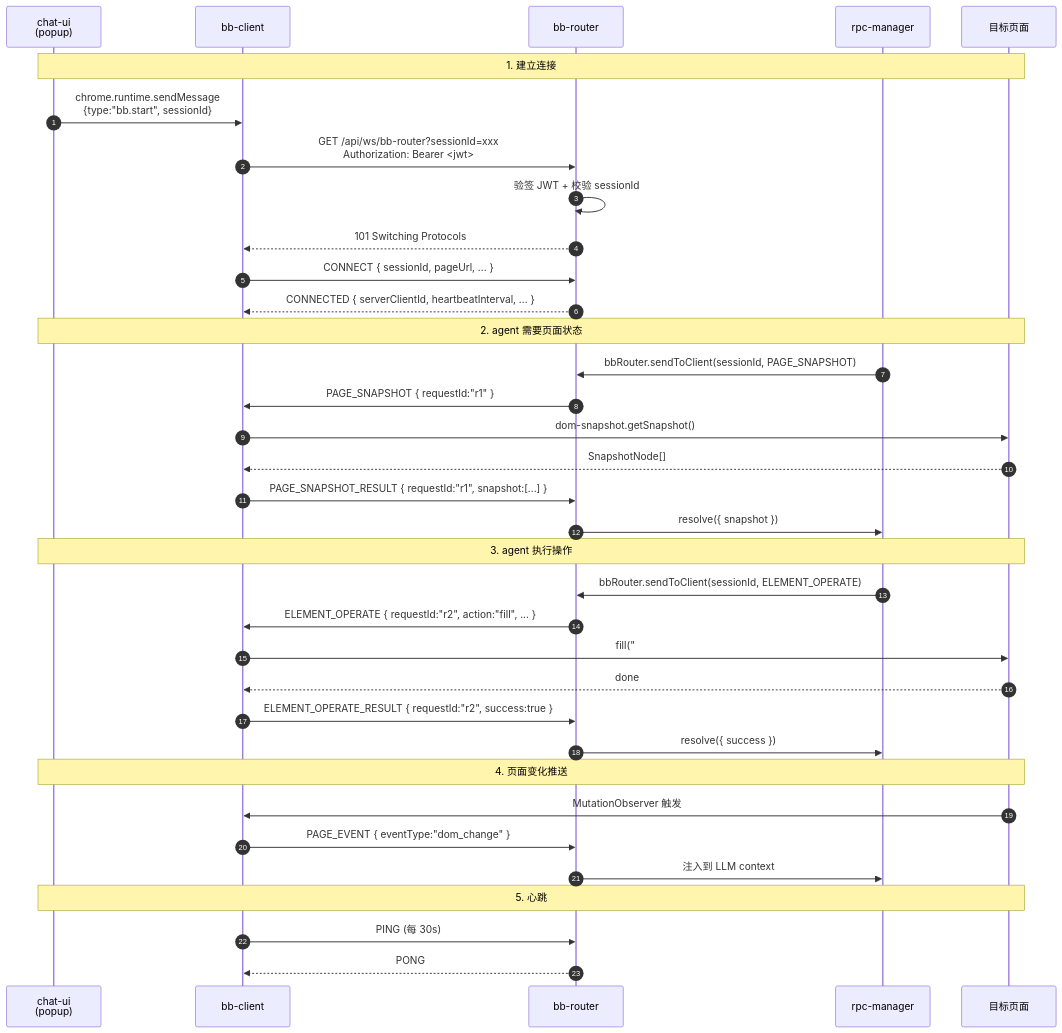
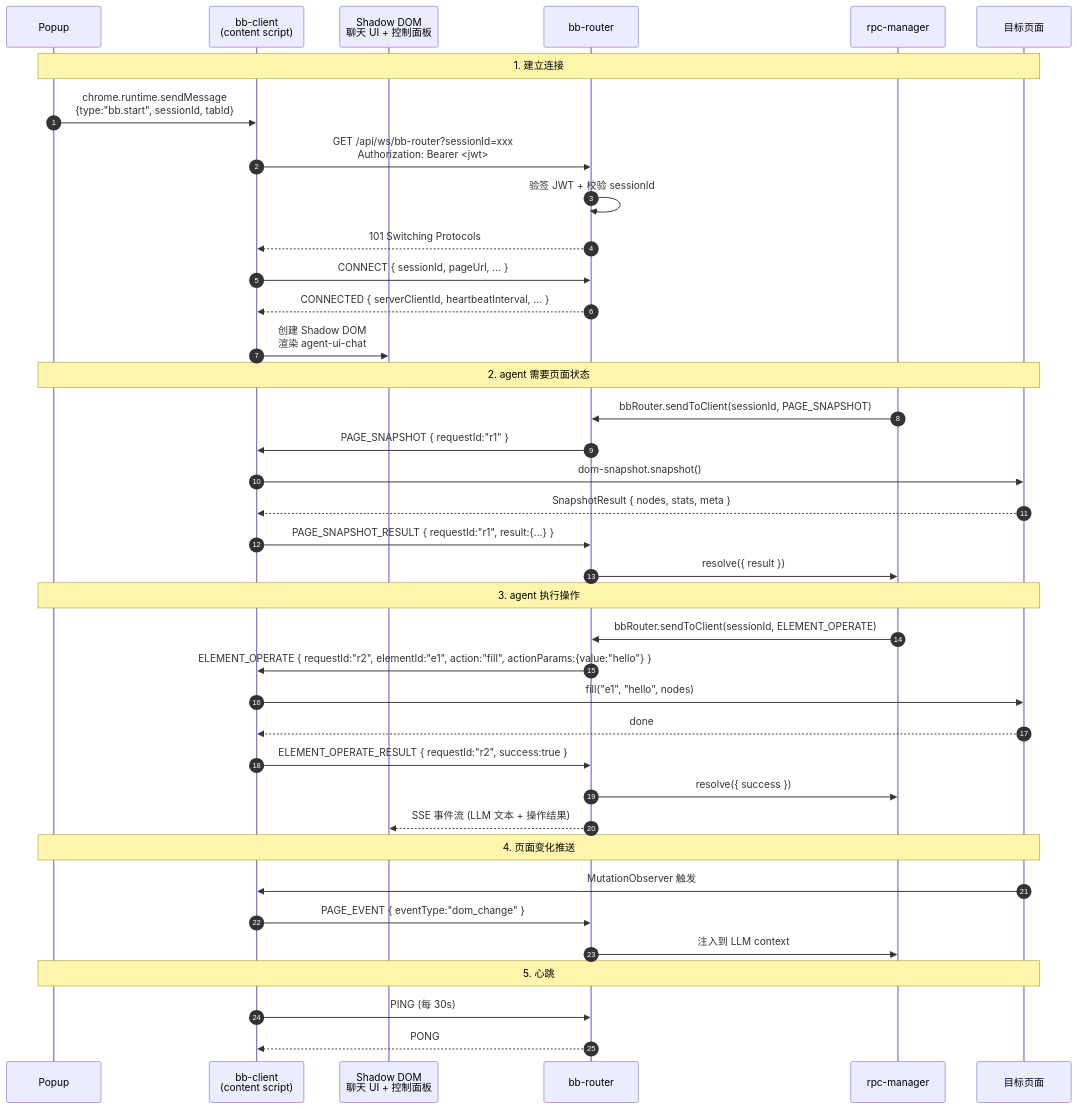
One commit to zhaoxin34/matrix changed the first of 3 diagrams in neo/design/docs/technical/agent-steer/browser-bridge-protocol.md. Above: the diagram before and after it, drawn with Mermaid. The commit also changed other lines of this file and 1 other file, not shown here.

````diff
--- a/neo/design/docs/technical/agent-steer/browser-bridge-protocol.md
+++ b/neo/design/docs/technical/agent-steer/browser-bridge-protocol.md
@@ -578,42 +549,45 @@
 ```mermaid
 sequenceDiagram
     autonumber
-    participant UI as chat-ui<br/>(popup)
-    participant CS as bb-client
+    participant Popup as Popup
+    participant CS as bb-client<br/>(content script)
+    participant SD as Shadow DOM<br/>聊天 UI + 控制面板
     participant Router as bb-router
     participant RPC as rpc-manager
     participant Page as 目标页面
 
-    Note over UI,Page: 1. 建立连接
-    UI->>CS: chrome.runtime.sendMessage<br/>{type:"bb.start", sessionId}
+    Note over Popup,Page: 1. 建立连接
+    Popup->>CS: chrome.runtime.sendMessage<br/>{type:"bb.start", sessionId, tabId}
     CS->>Router: GET /api/ws/bb-router?sessionId=xxx<br/>Authorization: Bearer <jwt>
     Router->>Router: 验签 JWT + 校验 sessionId
     Router-->>CS: 101 Switching Protocols
     CS->>Router: CONNECT { sessionId, pageUrl, ... }
     Router-->>CS: CONNECTED { serverClientId, heartbeatInterval, ... }
+    CS->>SD: 创建 Shadow DOM<br/>渲染 agent-ui-chat
 
-    Note over UI,Page: 2. agent 需要页面状态
+    Note over Popup,Page: 2. agent 需要页面状态
     RPC->>Router: bbRouter.sendToClient(sessionId, PAGE_SNAPSHOT)
     Router->>CS: PAGE_SNAPSHOT { requestId:"r1" }
-    CS->>Page: dom-snapshot.getSnapshot()
-    Page-->>CS: SnapshotNode[]
-    CS->>Router: PAGE_SNAPSHOT_RESULT { requestId:"r1", snapshot:[...] }
-    Router->>RPC: resolve({ snapshot })
+    CS->>Page: dom-snapshot.snapshot()
+    Page-->>CS: SnapshotResult { nodes, stats, meta }
+    CS->>Router: PAGE_SNAPSHOT_RESULT { requestId:"r1", result:{...} }
+    Router->>RPC: resolve({ result })
 
-    Note over UI,Page: 3. agent 执行操作
+    Note over Popup,Page: 3. agent 执行操作
     RPC->>Router: bbRouter.sendToClient(sessionId, ELEMENT_OPERATE)
-    Router->>CS: ELEMENT_OPERATE { requestId:"r2", action:"fill", ... }
-    CS->>Page: fill("#username", "hello")
+    Router->>CS: ELEMENT_OPERATE { requestId:"r2", elementId:"e1", action:"fill", actionParams:{value:"hello"} }
+    CS->>Page: fill("e1", "hello", nodes)
     Page-->>CS: done
     CS->>Router: ELEMENT_OPERATE_RESULT { requestId:"r2", success:true }
     Router->>RPC: resolve({ success })
+    Router-->>SD: SSE 事件流 (LLM 文本 + 操作结果)
 
-    Note over UI,Page: 4. 页面变化推送
+    Note over Popup,Page: 4. 页面变化推送
     Page->>CS: MutationObserver 触发
     CS->>Router: PAGE_EVENT { eventType:"dom_change" }
     Router->>RPC: 注入到 LLM context
 
-    Note over UI,Page: 5. 心跳
+    Note over Popup,Page: 5. 心跳
     CS->>Router: PING (每 30s)
     Router-->>CS: PONG
 ```
````
